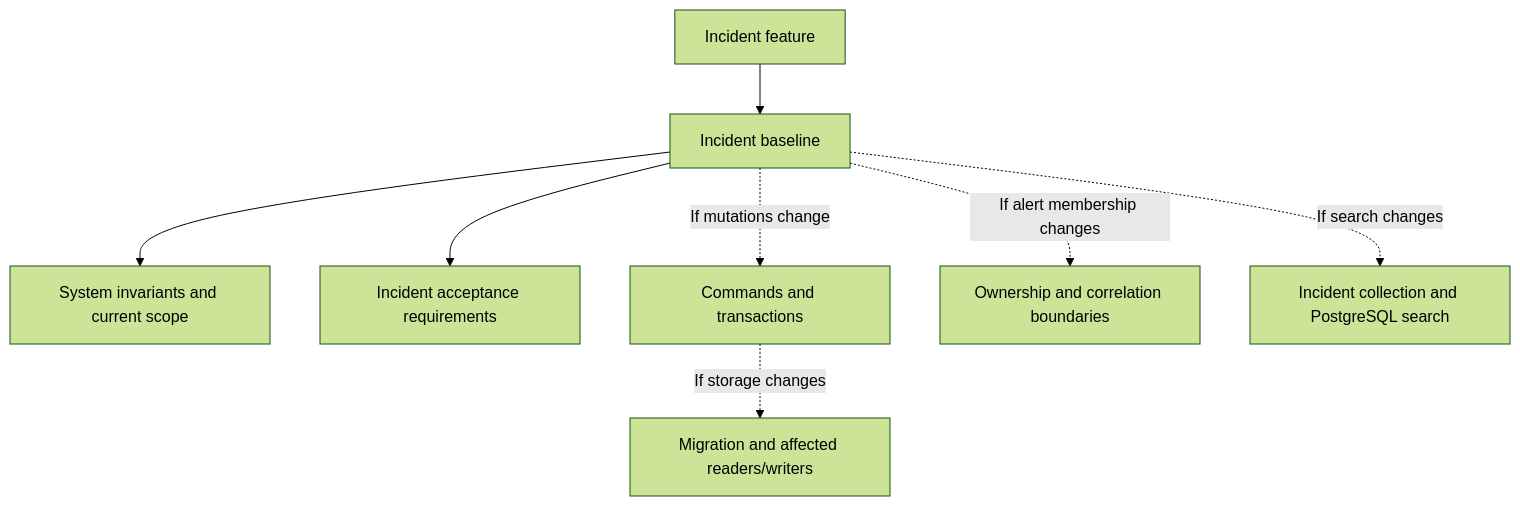
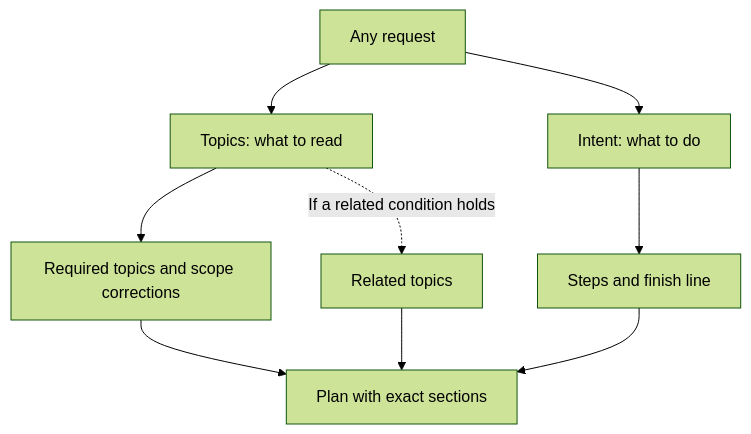
The diagram in context/README.md (keep-alert-operations/keep-design), drawn with Mermaid (forest theme) before and after one commit. The commit also changed other lines of this file and 38 other files, not shown here.

````diff
--- a/context/README.md
+++ b/context/README.md
@@ -98,10 +142,11 @@
 ```mermaid
 flowchart TD
-  Task[Incident feature] --> Incidents[Incident baseline]
-  Incidents --> Behavior[System invariants and current scope]
-  Incidents --> Acceptance[Incident acceptance requirements]
-  Incidents -. If mutations change .-> Mutations[Commands and transactions]
-  Incidents -. If alert membership changes .-> Membership[Ownership and correlation boundaries]
-  Incidents -. If search changes .-> Search[Incident collection and PostgreSQL search]
-  Mutations -. If storage changes .-> Database[Migration and affected readers/writers]
+  Request[Any request] --> Intent[Intent: what to do]
+  Request --> Topics[Topics: what to read]
+  Topics --> Required[Required topics and scope corrections]
+  Topics -. If a related condition holds .-> Related[Related topics]
+  Intent --> Steps[Steps and finish line]
+  Required --> Plan[Plan with exact sections]
+  Related --> Plan
+  Steps --> Plan
 ```
````
